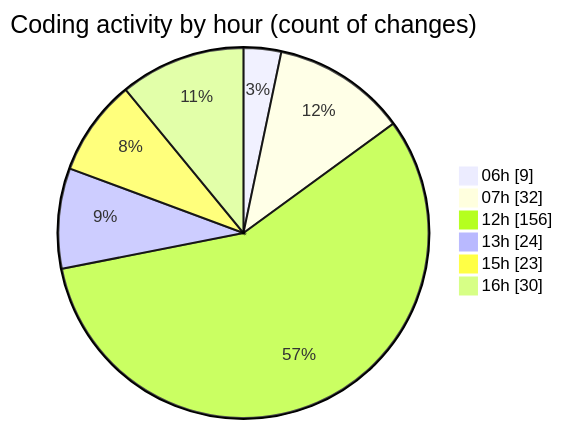
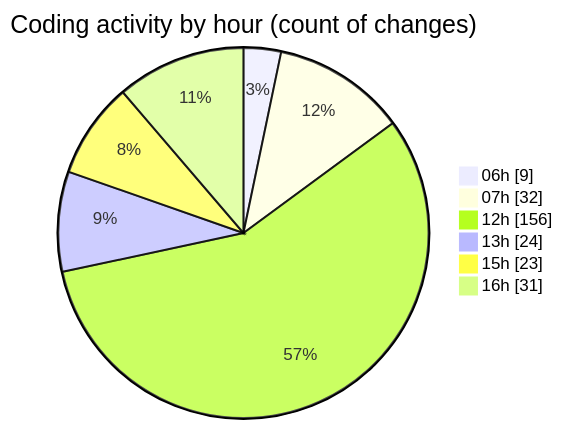
One commit to robertbonfada/code-tracking changed the second of 2 diagrams in 2025-02-18/mbc-web/README.md. Above: the diagram before and after it, drawn with Mermaid. The commit also changed other lines of this file and 1 other file, not shown here.

````diff
--- a/2025-02-18/mbc-web/README.md
+++ b/2025-02-18/mbc-web/README.md
@@ -147,10 +148,10 @@
 ```mermaid
 pie showData
 title Coding activity by hour (count of changes)
 "06h" : 9
 "07h" : 32
 "12h" : 156
 "13h" : 24
 "15h" : 23
-"16h" : 30
+"16h" : 31
 ```
````
